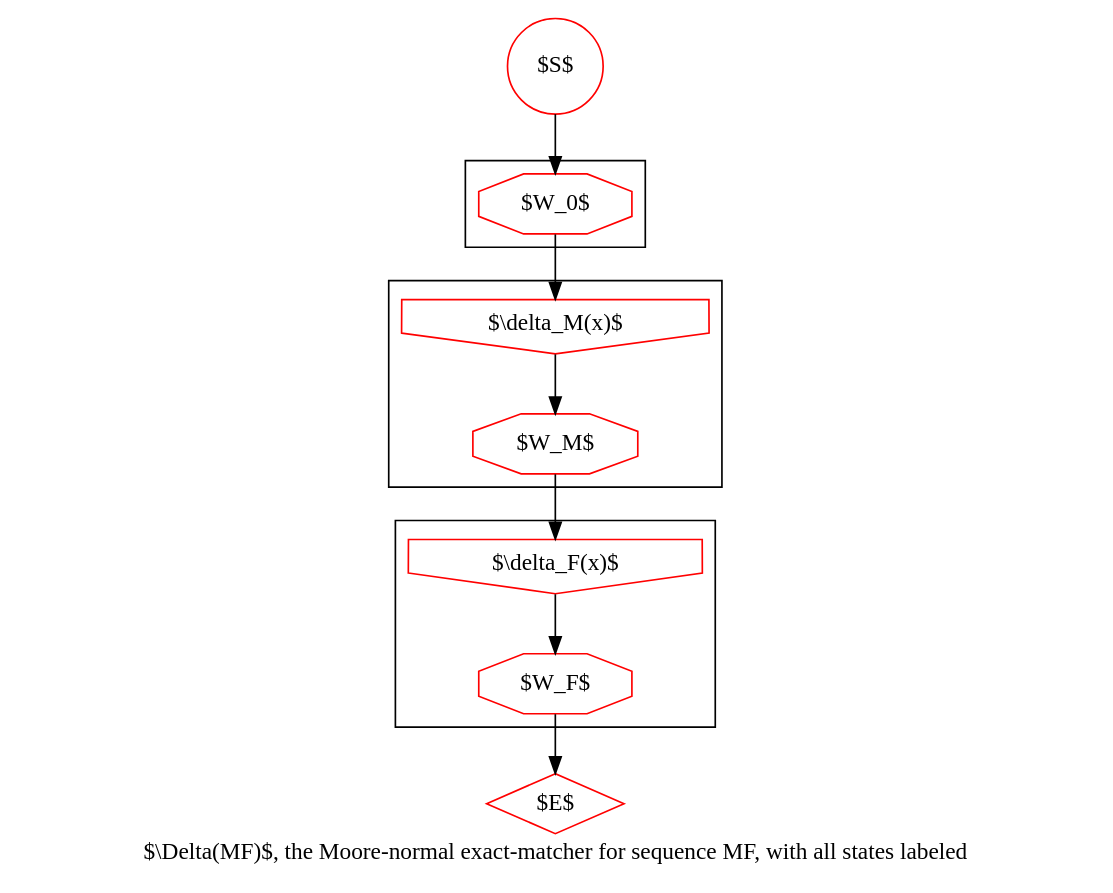
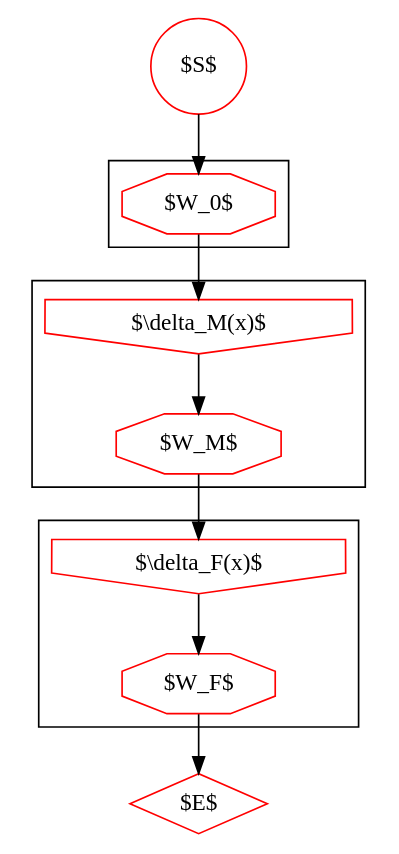
The diagram in mf-labeled.dot (ihh/transducer-tutorial), drawn with Graphviz before and after one commit. The commit also changed 35 other files, not shown here.

Commit message:
Moving to automatic generation of state diagrams

```diff
--- a/mf-labeled.dot
+++ b/mf-labeled.dot
@@ -1,20 +1,20 @@
 digraph G {
     S [label="$S$", shape=circle, color=red];
     E [label="$E$", shape=diamond, color=red];
 
 subgraph cluster_0 {
 	W0 [label="$W_0$", shape=octagon, color=red];
 }
 subgraph cluster_1 {
     W1 [label="$W_M$", shape=octagon, color=red];
     D1 [label="$\\delta_M(x)$", shape=invhouse, color=red];
 }
 subgraph cluster_2 {
     W2 [label="$W_F$", shape=octagon, color=red];
     D2 [label="$\\delta_F(x)$", shape=invhouse, color=red];
 }
 
 S->W0->D1->W1->D2->W2->E;
 
-    label="$\\Delta(MF)$, the Moore-normal exact-matcher for sequence MF, with all states labeled";
+
 }
```
